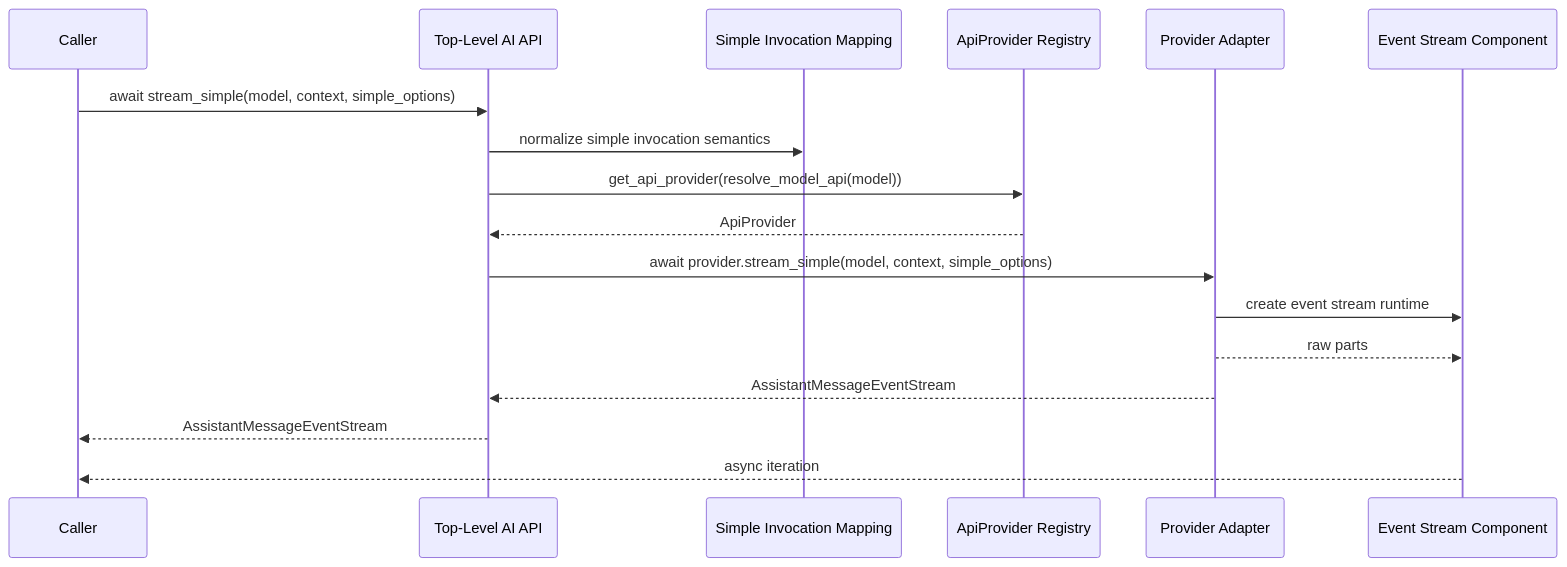
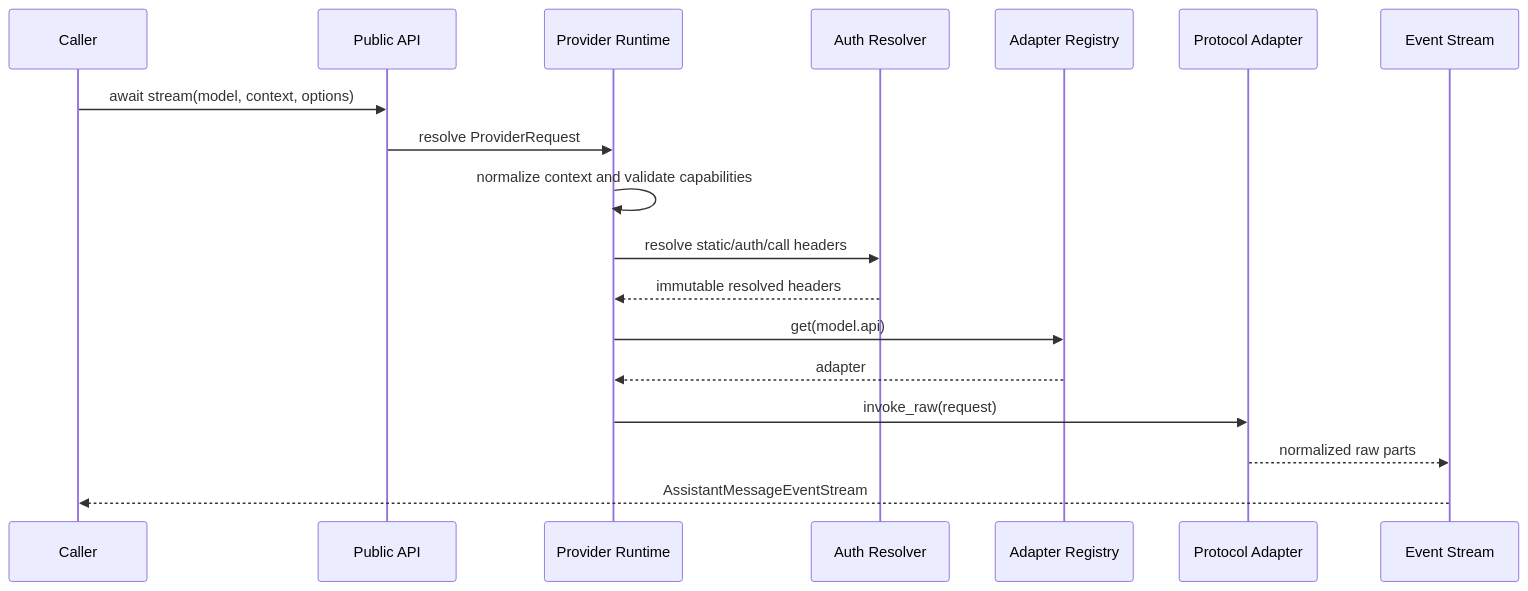
Before and after one commit to wrongbutworks/loushang: the first of 2 diagrams in docs/internals/architecture/ai/loushang-ai-component-interactions-v1.md, drawn with Mermaid. The commit also changed other lines of this file and 19 other files, not shown here.

Commit message:
docs(ai): align SDK architecture

````diff
--- a/docs/internals/architecture/ai/loushang-ai-component-interactions-v1.md
+++ b/docs/internals/architecture/ai/loushang-ai-component-interactions-v1.md
@@ -154,20 +5,21 @@
 ```mermaid
 sequenceDiagram
     participant Caller
-    participant Top as Top-Level AI API
-    participant Simple as Simple Invocation Mapping
-    participant ApiReg as ApiProvider Registry
-    participant Provider as Provider Adapter
-    participant Event as Event Stream Component
+    participant API as Public API
+    participant Runtime as Provider Runtime
+    participant Auth as Auth Resolver
+    participant Registry as Adapter Registry
+    participant Adapter as Protocol Adapter
+    participant Events as Event Stream
 
-    Caller->>Top: await stream_simple(model, context, simple_options)
-    Top->>Simple: normalize simple invocation semantics
-    Top->>ApiReg: get_api_provider(resolve_model_api(model))
-    ApiReg-->>Top: ApiProvider
-    Top->>Provider: await provider.stream_simple(model, context, simple_options)
-    Provider->>Event: create event stream runtime
-    Provider-->>Event: raw parts
-    Provider-->>Top: AssistantMessageEventStream
-    Top-->>Caller: AssistantMessageEventStream
-    Event-->>Caller: async iteration
+    Caller->>API: await stream(model, context, options)
+    API->>Runtime: resolve ProviderRequest
+    Runtime->>Runtime: normalize context and validate capabilities
+    Runtime->>Auth: resolve static/auth/call headers
+    Auth-->>Runtime: immutable resolved headers
+    Runtime->>Registry: get(model.api)
+    Registry-->>Runtime: adapter
+    Runtime->>Adapter: invoke_raw(request)
+    Adapter-->>Events: normalized raw parts
+    Events-->>Caller: AssistantMessageEventStream
 ```
````
